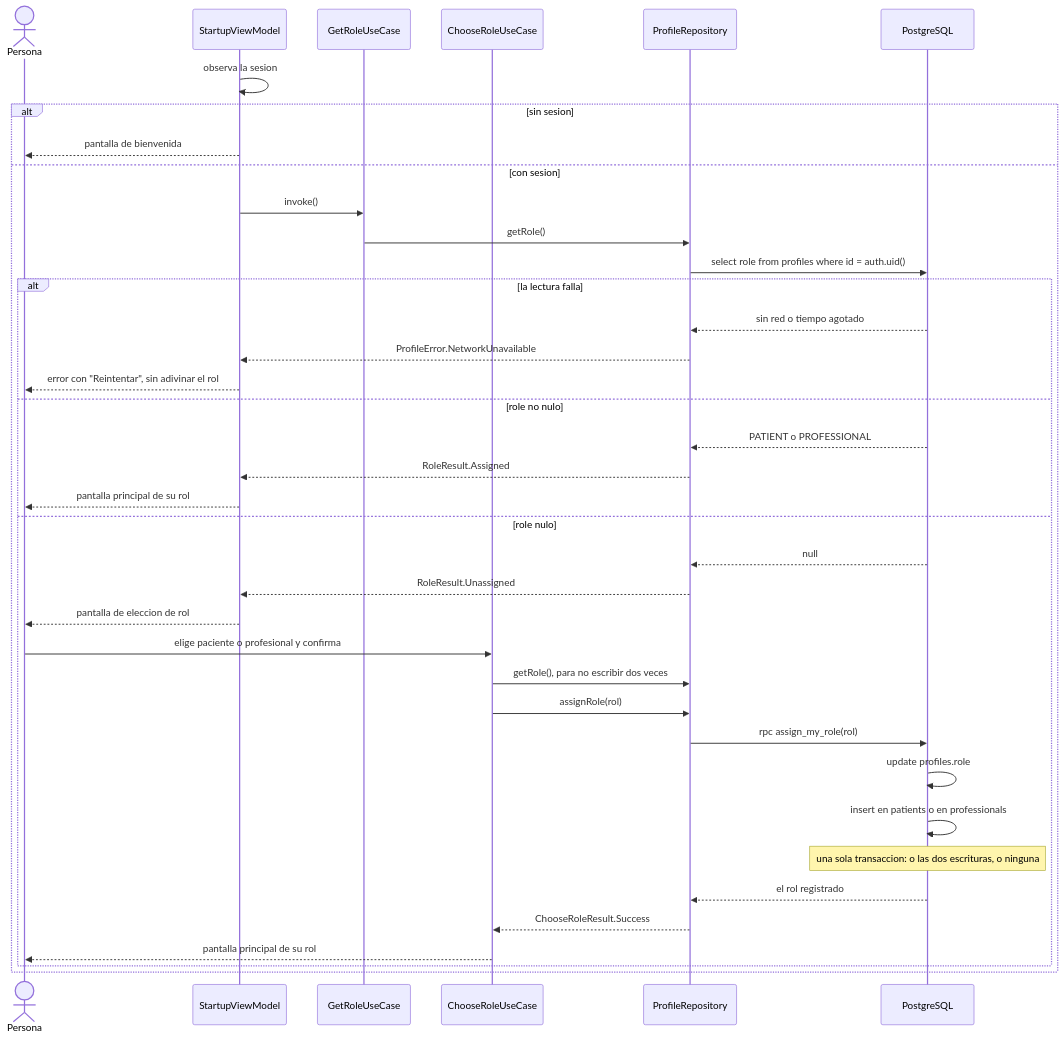
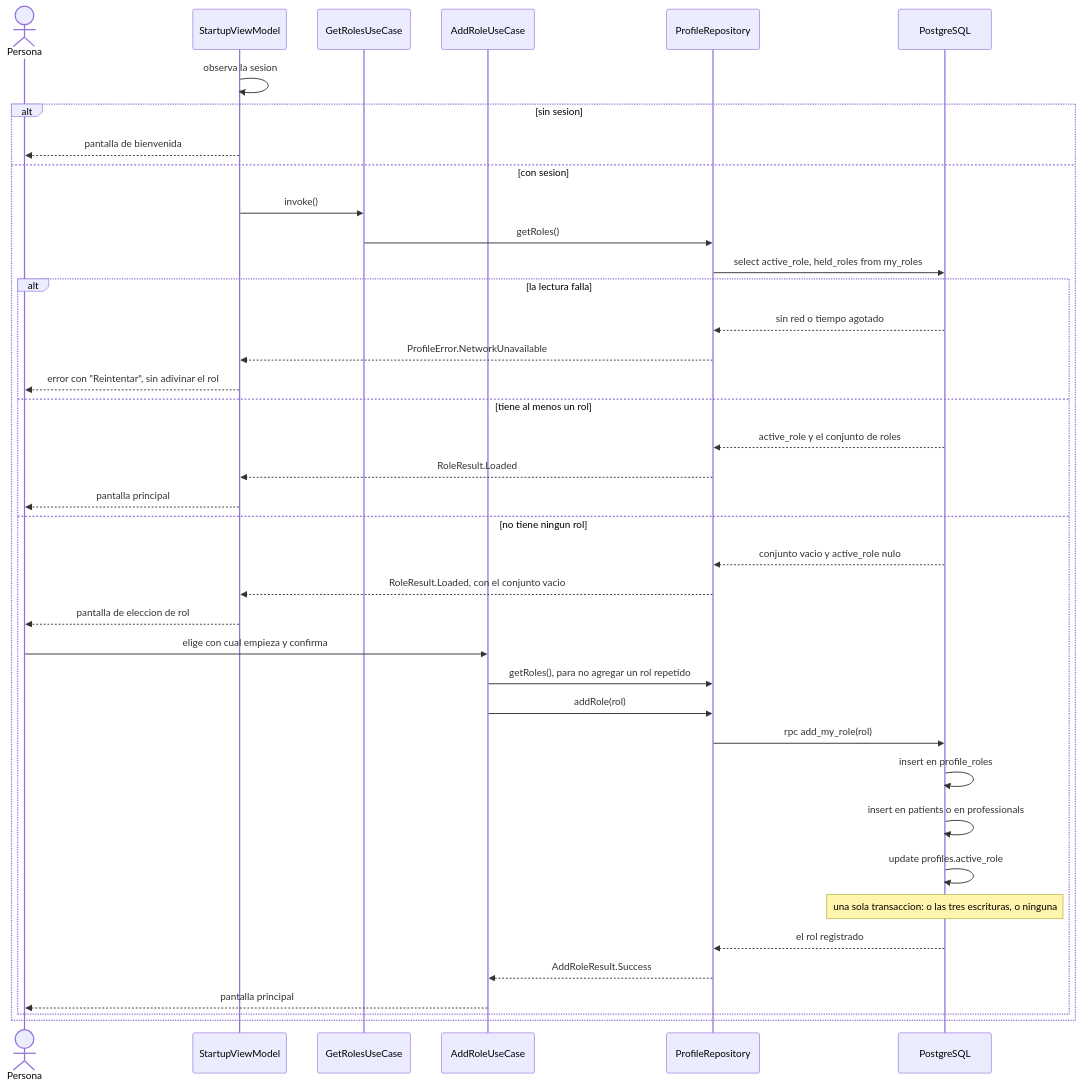
One commit to christian-ledezma/salud-en-casa changed the second of 2 diagrams in docs/architecture/auth-sequence.md. Above: the diagram before and after it, drawn with Mermaid. The commit also changed other lines of this file and 1 other file, not shown here.

Commit message:
docs: redraw the data model and the role gate for multiple roles

````diff
--- a/docs/architecture/auth-sequence.md
+++ b/docs/architecture/auth-sequence.md
@@ -135,45 +135,46 @@
 ```mermaid
 sequenceDiagram
     actor U as Persona
     participant SVM as StartupViewModel
-    participant GR as GetRoleUseCase
-    participant CR as ChooseRoleUseCase
+    participant GR as GetRolesUseCase
+    participant AR as AddRoleUseCase
     participant Repo as ProfileRepository
     participant DB as PostgreSQL
 
     SVM->>SVM: observa la sesion
 
     alt sin sesion
         SVM-->>U: pantalla de bienvenida
     else con sesion
         SVM->>GR: invoke()
-        GR->>Repo: getRole()
-        Repo->>DB: select role from profiles where id = auth.uid()
+        GR->>Repo: getRoles()
+        Repo->>DB: select active_role, held_roles from my_roles
 
         alt la lectura falla
             DB-->>Repo: sin red o tiempo agotado
             Repo-->>SVM: ProfileError.NetworkUnavailable
             SVM-->>U: error con "Reintentar", sin adivinar el rol
-        else role no nulo
-            DB-->>Repo: PATIENT o PROFESSIONAL
-            Repo-->>SVM: RoleResult.Assigned
-            SVM-->>U: pantalla principal de su rol
-        else role nulo
-            DB-->>Repo: null
-            Repo-->>SVM: RoleResult.Unassigned
+        else tiene al menos un rol
+            DB-->>Repo: active_role y el conjunto de roles
+            Repo-->>SVM: RoleResult.Loaded
+            SVM-->>U: pantalla principal
+        else no tiene ningun rol
+            DB-->>Repo: conjunto vacio y active_role nulo
+            Repo-->>SVM: RoleResult.Loaded, con el conjunto vacio
             SVM-->>U: pantalla de eleccion de rol
-            U->>CR: elige paciente o profesional y confirma
-            CR->>Repo: getRole(), para no escribir dos veces
-            CR->>Repo: assignRole(rol)
-            Repo->>DB: rpc assign_my_role(rol)
+            U->>AR: elige con cual empieza y confirma
+            AR->>Repo: getRoles(), para no agregar un rol repetido
+            AR->>Repo: addRole(rol)
+            Repo->>DB: rpc add_my_role(rol)
 
-            DB->>DB: update profiles.role
+            DB->>DB: insert en profile_roles
             DB->>DB: insert en patients o en professionals
-            Note over DB: una sola transaccion: o las dos escrituras, o ninguna
+            DB->>DB: update profiles.active_role
+            Note over DB: una sola transaccion: o las tres escrituras, o ninguna
 
             DB-->>Repo: el rol registrado
-            Repo-->>CR: ChooseRoleResult.Success
-            CR-->>U: pantalla principal de su rol
+            Repo-->>AR: AddRoleResult.Success
+            AR-->>U: pantalla principal
         end
     end
 ```
````
